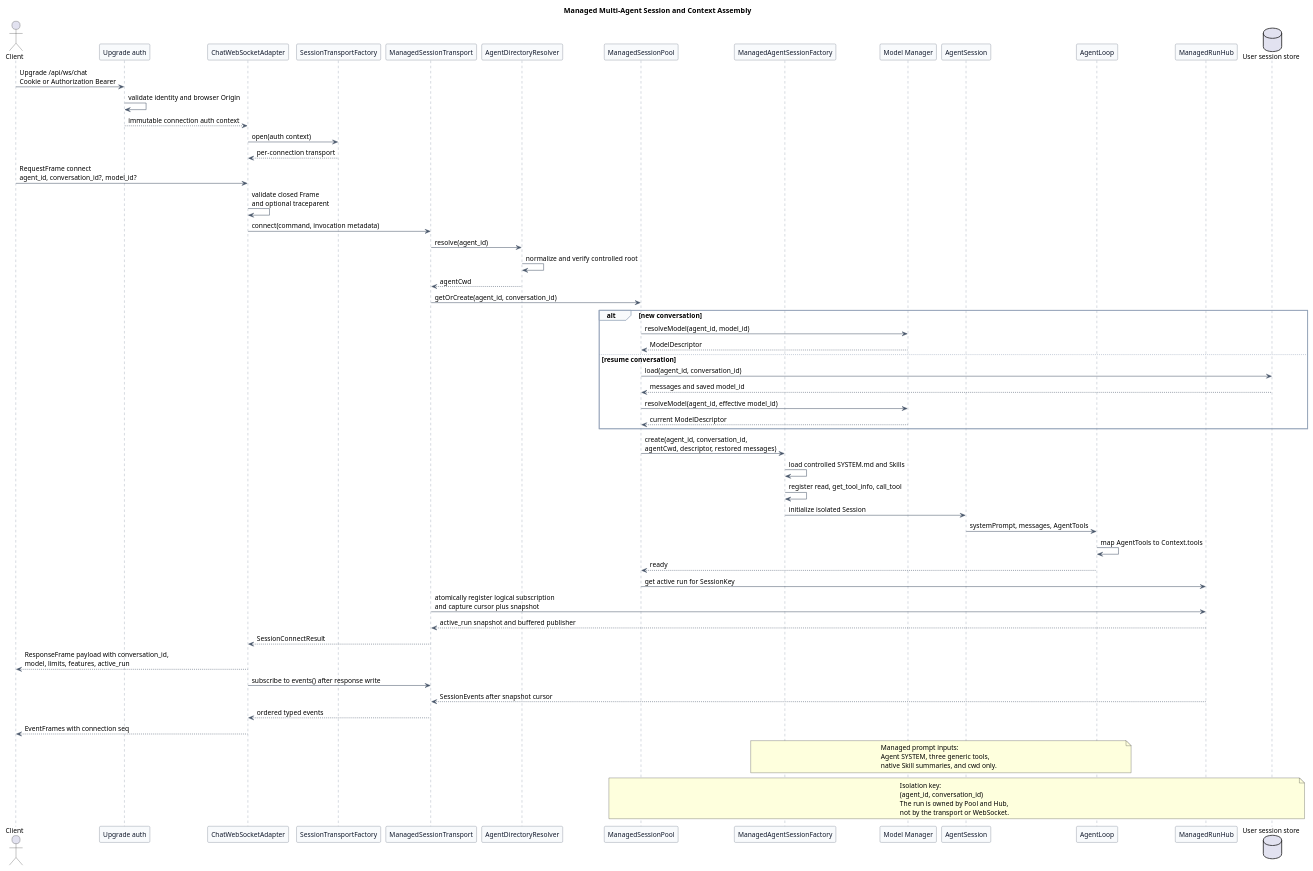
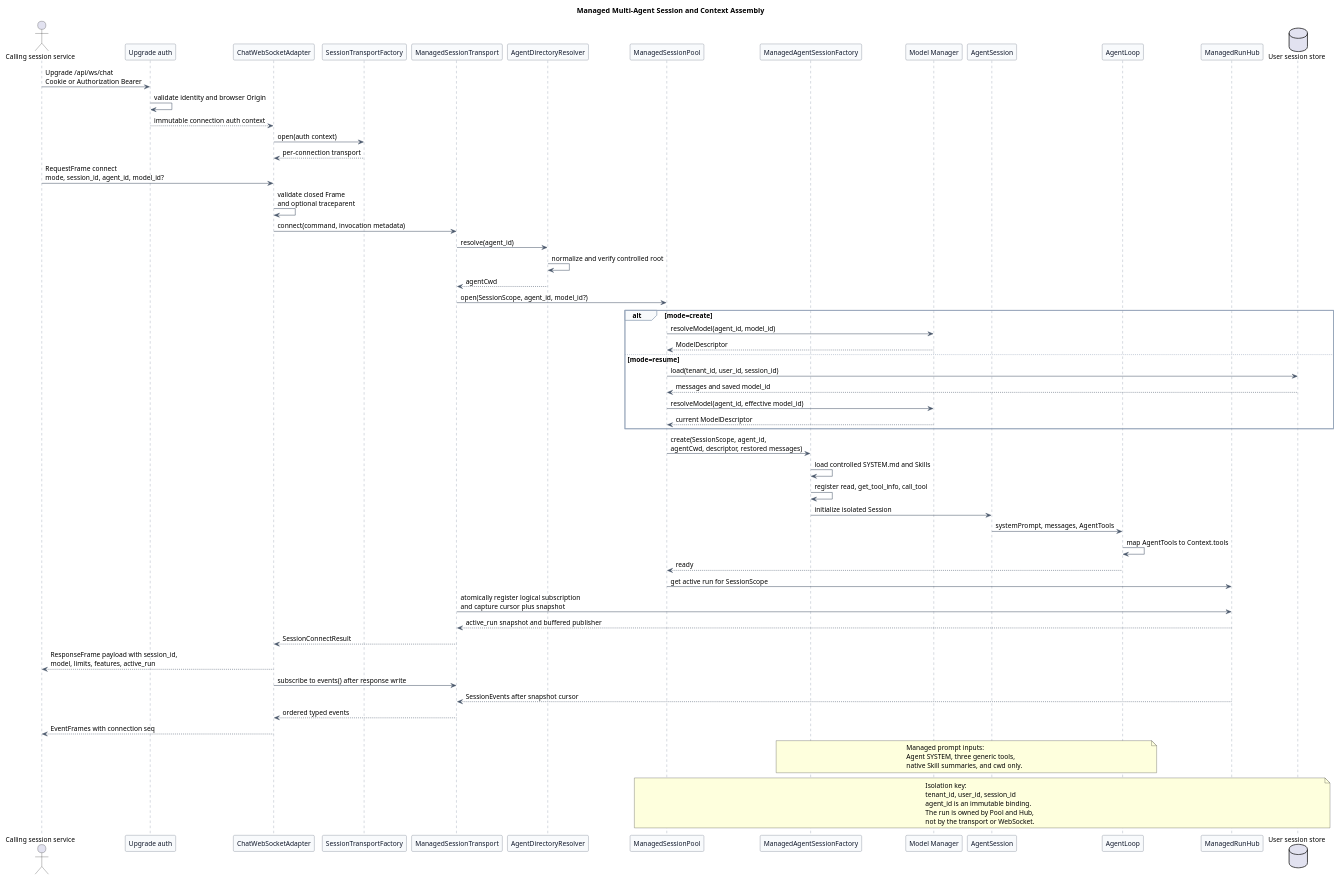
One commit to superheromeZzh/pi-mono-java-design changed the second of 6 diagrams in pi-mono-java-manager-driven-multi-agent-runtime/diagram.puml. Above: the diagram before and after it, drawn with PlantUML. The commit also changed other lines of this file and 14 other files, not shown here.

Commit message:
docs(agent): clarify runtime session identity

```diff
--- a/pi-mono-java-manager-driven-multi-agent-runtime/diagram.puml
+++ b/pi-mono-java-manager-driven-multi-agent-runtime/diagram.puml
@@ -77,100 +77,101 @@
 @startuml managed_session_context_assembly
 title Managed Multi-Agent Session and Context Assembly
 
 ' Source evidence:
 ' pi-mono packages/ai/src/types.ts: Context
 ' pi-mono packages/coding-agent/src/core/system-prompt.ts: buildSystemPrompt
 ' pi-mono-java modules/coding-agent-cli/src/main/java/com/campusclaw/codingagent/session/AgentSession.java: initialize
 ' pi-mono-java modules/coding-agent-cli/src/main/java/com/campusclaw/codingagent/mode/server/SessionPool.java: getOrCreate
 ' pi-mono-java modules/coding-agent-cli/src/main/java/com/campusclaw/codingagent/mode/server/ServerMode.java: websocket route
 ' pi-mono-java modules/coding-agent-cli/src/main/java/com/campusclaw/codingagent/mode/server/ChatWebSocketHandler.java: handle
 ' pi-mono-java modules/agent-core/src/main/java/com/campusclaw/agent/loop/AgentLoop.java: invokeModel, toLlmTools
 ' Observed behavior: Java currently reads conversation_id during Upgrade and uses one base cwd.
 ' Java divergence: v2 authenticates Upgrade and maps closed Frames to a server-side SessionTransport.
 ' Architecture change: ManagedSessionTransport owns logical connection state; WebSocket is an adapter.
 ' Design reason: isolate prompt, model, tool, persistence, and run recovery across Agents.
 
 skinparam backgroundColor #FFFFFF
 skinparam shadowing false
 skinparam defaultFontName Arial
 skinparam defaultFontSize 13
 skinparam participant {
   BackgroundColor #F8FAFC
   BorderColor #475569
   FontColor #0F172A
 }
 skinparam ArrowColor #475569
 skinparam sequence {
   LifeLineBorderColor #64748B
   LifeLineBackgroundColor #F8FAFC
   GroupBorderColor #94A3B8
   GroupBackgroundColor #F8FAFC
 }
 
-actor Client
+actor "Calling session service" as Client
 participant "Upgrade auth" as Auth
 participant "ChatWebSocketAdapter" as WS
 participant "SessionTransportFactory" as TransportFactory
 participant "ManagedSessionTransport" as Transport
 participant "AgentDirectoryResolver" as Resolver
 participant "ManagedSessionPool" as Pool
 participant "ManagedAgentSessionFactory" as Factory
 participant "Model Manager" as ModelManager
 participant "AgentSession" as Session
 participant "AgentLoop" as Loop
 participant "ManagedRunHub" as Hub
 database "User session store" as Store
 
 Client -> Auth : Upgrade /api/ws/chat\nCookie or Authorization Bearer
 Auth -> Auth : validate identity and browser Origin
 Auth --> WS : immutable connection auth context
 WS -> TransportFactory : open(auth context)
 TransportFactory --> WS : per-connection transport
-Client -> WS : RequestFrame connect\nagent_id, conversation_id?, model_id?
+Client -> WS : RequestFrame connect\nmode, session_id, agent_id, model_id?
 WS -> WS : validate closed Frame\nand optional traceparent
 WS -> Transport : connect(command, invocation metadata)
 Transport -> Resolver : resolve(agent_id)
 Resolver -> Resolver : normalize and verify controlled root
 Resolver --> Transport : agentCwd
-Transport -> Pool : getOrCreate(agent_id, conversation_id)
+Transport -> Pool : open(SessionScope, agent_id, model_id?)
 
-alt new conversation
+alt mode=create
   Pool -> ModelManager : resolveModel(agent_id, model_id)
   ModelManager --> Pool : ModelDescriptor
-else resume conversation
-  Pool -> Store : load(agent_id, conversation_id)
+else mode=resume
+  Pool -> Store : load(tenant_id, user_id, session_id)
   Store --> Pool : messages and saved model_id
   Pool -> ModelManager : resolveModel(agent_id, effective model_id)
   ModelManager --> Pool : current ModelDescriptor
 end
 
-Pool -> Factory : create(agent_id, conversation_id,\nagentCwd, descriptor, restored messages)
+Pool -> Factory : create(SessionScope, agent_id,\nagentCwd, descriptor, restored messages)
 Factory -> Factory : load controlled SYSTEM.md and Skills
 Factory -> Factory : register read, get_tool_info, call_tool
 Factory -> Session : initialize isolated Session
 Session -> Loop : systemPrompt, messages, AgentTools
 Loop -> Loop : map AgentTools to Context.tools
 Loop --> Pool : ready
-Pool -> Hub : get active run for SessionKey
+Pool -> Hub : get active run for SessionScope
 Transport -> Hub : atomically register logical subscription\nand capture cursor plus snapshot
 Hub --> Transport : active_run snapshot and buffered publisher
 Transport --> WS : SessionConnectResult
-WS --> Client : ResponseFrame payload with conversation_id,\nmodel, limits, features, active_run
+WS --> Client : ResponseFrame payload with session_id,\nmodel, limits, features, active_run
 WS -> Transport : subscribe to events() after response write
 Hub --> Transport : SessionEvents after snapshot cursor
 Transport --> WS : ordered typed events
 WS --> Client : EventFrames with connection seq
 
 note over Factory,Loop
 Managed prompt inputs:
 Agent SYSTEM, three generic tools,
 native Skill summaries, and cwd only.
 end note
 
 note over Pool,Store
 Isolation key:
-(agent_id, conversation_id)
+tenant_id, user_id, session_id
+agent_id is an immutable binding.
 The run is owned by Pool and Hub,
 not by the transport or WebSocket.
 end note
 @enduml
```
